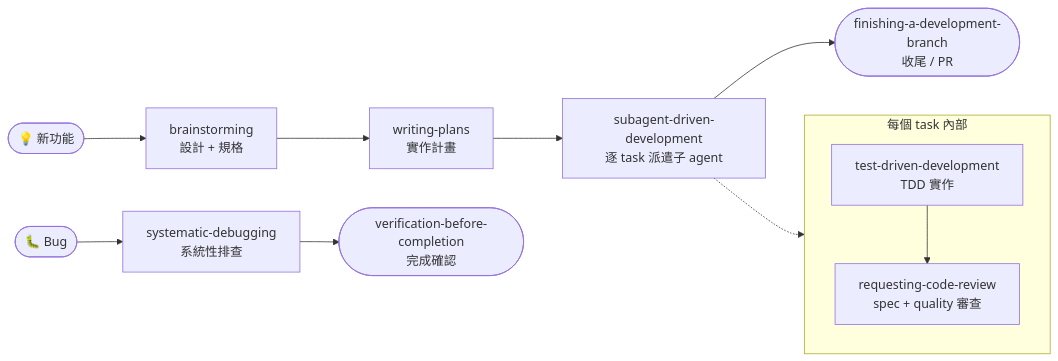
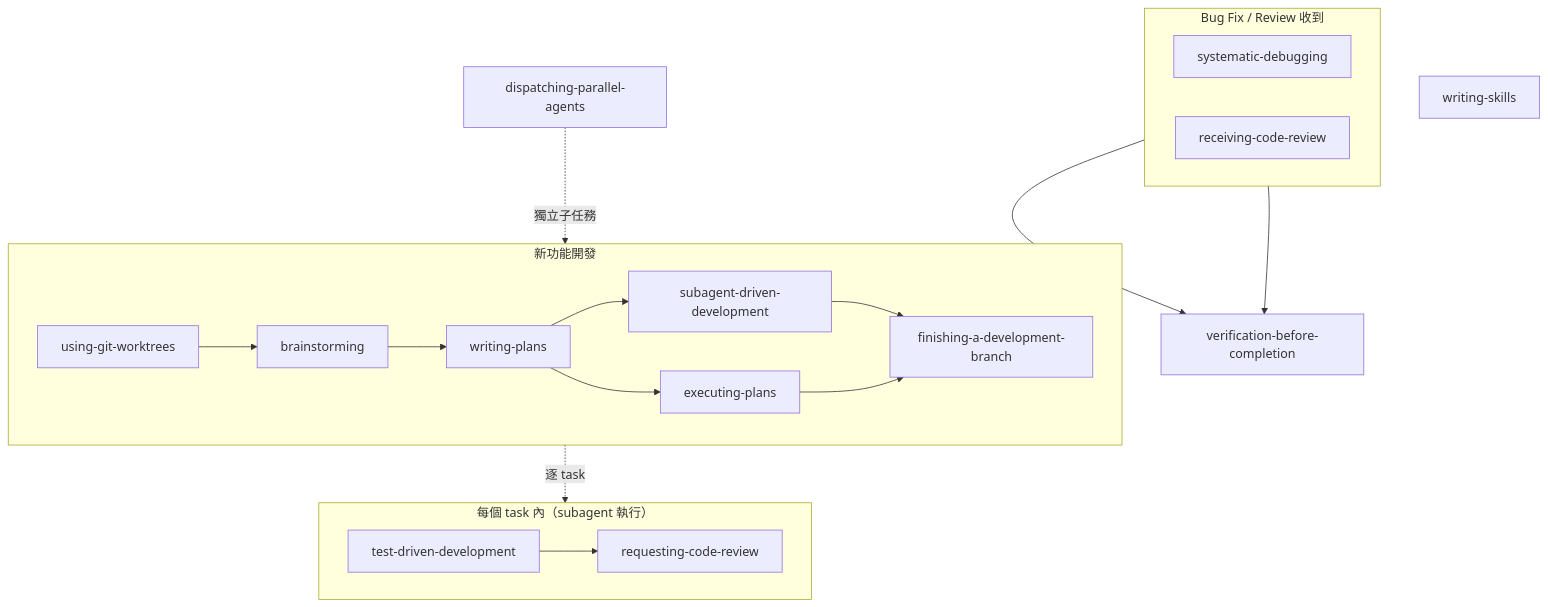
The second of 2 diagrams in README.md (Aery9527/ai-copilot-spells), drawn with Mermaid before and after one commit.

Commit message:
docs: redesign superpowers workflow diagram with skill names as node labels

````diff
--- a/README.md
+++ b/README.md
@@ -91,17 +91,30 @@
 ```mermaid
-flowchart LR
-    A(["💡 新功能"]) --> B["brainstorming\n設計 + 規格"]
-    B --> C["writing-plans\n實作計畫"]
-    C --> D["subagent-driven-development\n逐 task 派遣子 agent"]
-    D --> E(["finishing-a-development-branch\n收尾 / PR"])
-
-    F(["🐛 Bug"]) --> G["systematic-debugging\n系統性排查"]
-    G --> H(["verification-before-completion\n完成確認"])
-
-    subgraph per_task ["每個 task 內部"]
-        direction TB
-        T["test-driven-development\nTDD 實作"] --> R["requesting-code-review\nspec + quality 審查"]
+flowchart TD
+    subgraph feature ["新功能開發"]
+        direction LR
+        wgw["using-git-worktrees"] --> bs["brainstorming"]
+        bs --> wp["writing-plans"]
+        wp --> sad["subagent-driven-development"]
+        wp --> ep["executing-plans"]
+        sad --> fdb["finishing-a-development-branch"]
+        ep --> fdb
     end
 
-    D -.-> per_task
+    subgraph per_task ["每個 task 內（subagent 執行）"]
+        direction LR
+        tdd["test-driven-development"] --> rcr["requesting-code-review"]
+    end
+    sad -.->|"逐 task"| per_task
+
+    dpa["dispatching-parallel-agents"] -.->|"獨立子任務"| sad
+
+    subgraph fix ["Bug Fix / Review 收到"]
+        direction LR
+        sd["systematic-debugging"]
+        rcvr["receiving-code-review"]
+    end
+    sd --> vbc["verification-before-completion"]
+    rcvr --> vbc
+
+    ws["writing-skills"]
 ```
````
